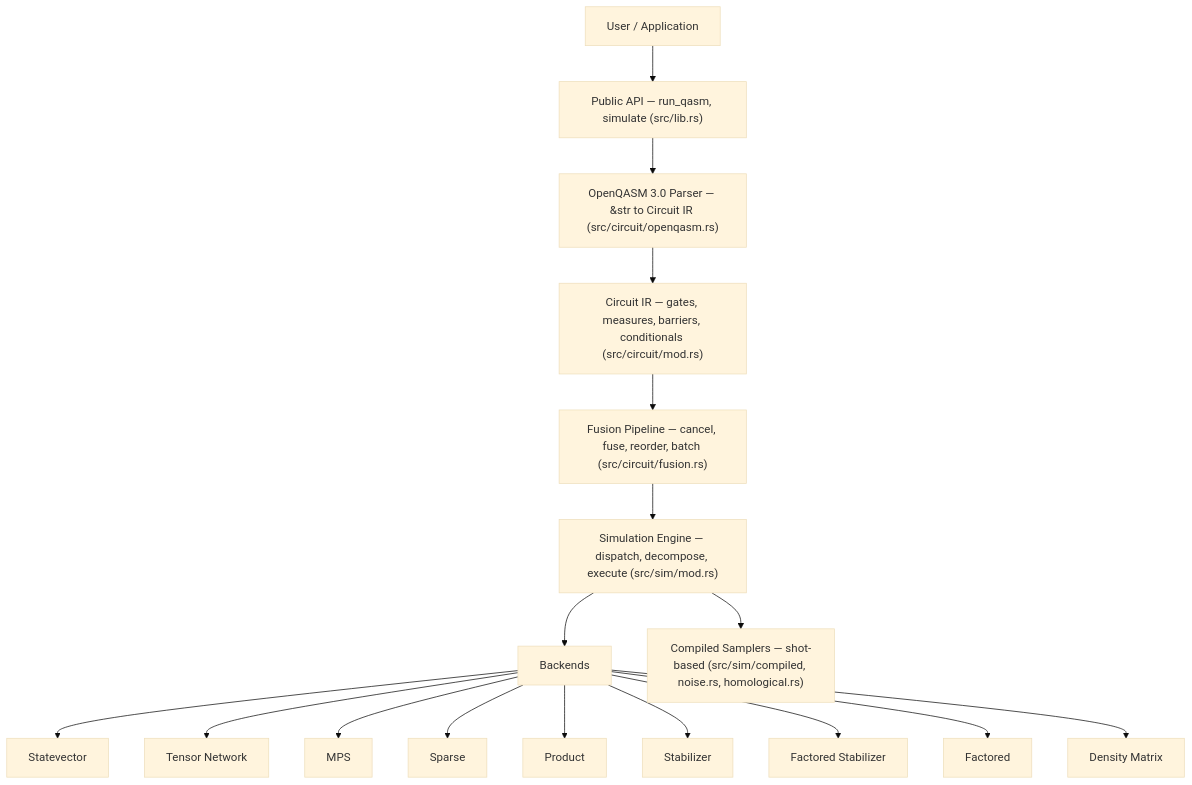
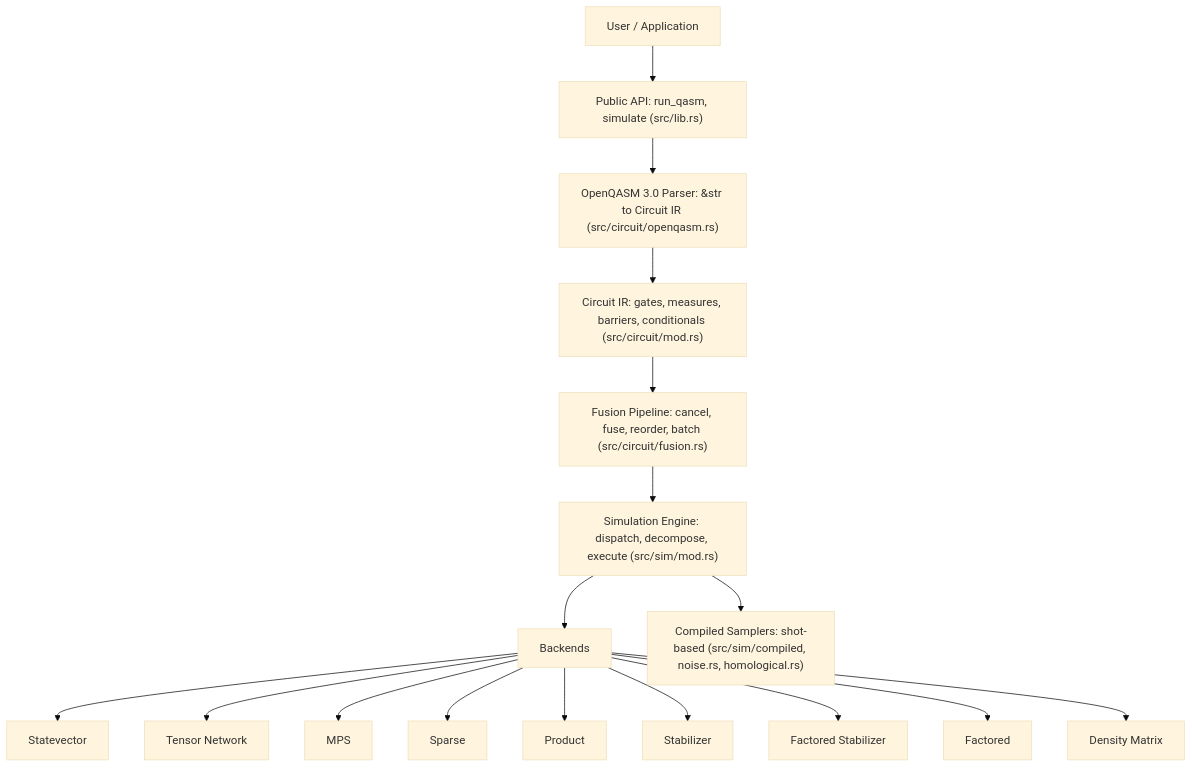
Before and after one commit to AbeCoull/prism-q: the diagram in docs/architecture/overview.md, drawn with Mermaid (base theme). The commit also changed other lines of this file and 26 other files, not shown here.

````diff
--- a/docs/architecture/overview.md
+++ b/docs/architecture/overview.md
@@ -24,21 +23,21 @@
 ```mermaid
 flowchart TD
     U[User / Application]
-    API["Public API &mdash; run_qasm, simulate (src/lib.rs)"]
-    P["OpenQASM 3.0 Parser &mdash; &amp;str to Circuit IR (src/circuit/openqasm.rs)"]
-    IR["Circuit IR &mdash; gates, measures, barriers, conditionals (src/circuit/mod.rs)"]
-    F["Fusion Pipeline &mdash; cancel, fuse, reorder, batch (src/circuit/fusion.rs)"]
-    E["Simulation Engine &mdash; dispatch, decompose, execute (src/sim/mod.rs)"]
+    API["Public API: run_qasm, simulate (src/lib.rs)"]
+    P["OpenQASM 3.0 Parser: &amp;str to Circuit IR (src/circuit/openqasm.rs)"]
+    IR["Circuit IR: gates, measures, barriers, conditionals (src/circuit/mod.rs)"]
+    F["Fusion Pipeline: cancel, fuse, reorder, batch (src/circuit/fusion.rs)"]
+    E["Simulation Engine: dispatch, decompose, execute (src/sim/mod.rs)"]
     U --> API --> P --> IR --> F --> E
     E --> B[Backends]
-    E --> C["Compiled Samplers &mdash; shot-based (src/sim/compiled, noise.rs, homological.rs)"]
+    E --> C["Compiled Samplers: shot-based (src/sim/compiled, noise.rs, homological.rs)"]
     B --> SV[Statevector]
     B --> TN[Tensor Network]
     B --> MPS[MPS]
     B --> SP[Sparse]
     B --> PR[Product]
     B --> ST[Stabilizer]
     B --> FS[Factored Stabilizer]
     B --> FA[Factored]
     B --> DM[Density Matrix]
 ```
````
